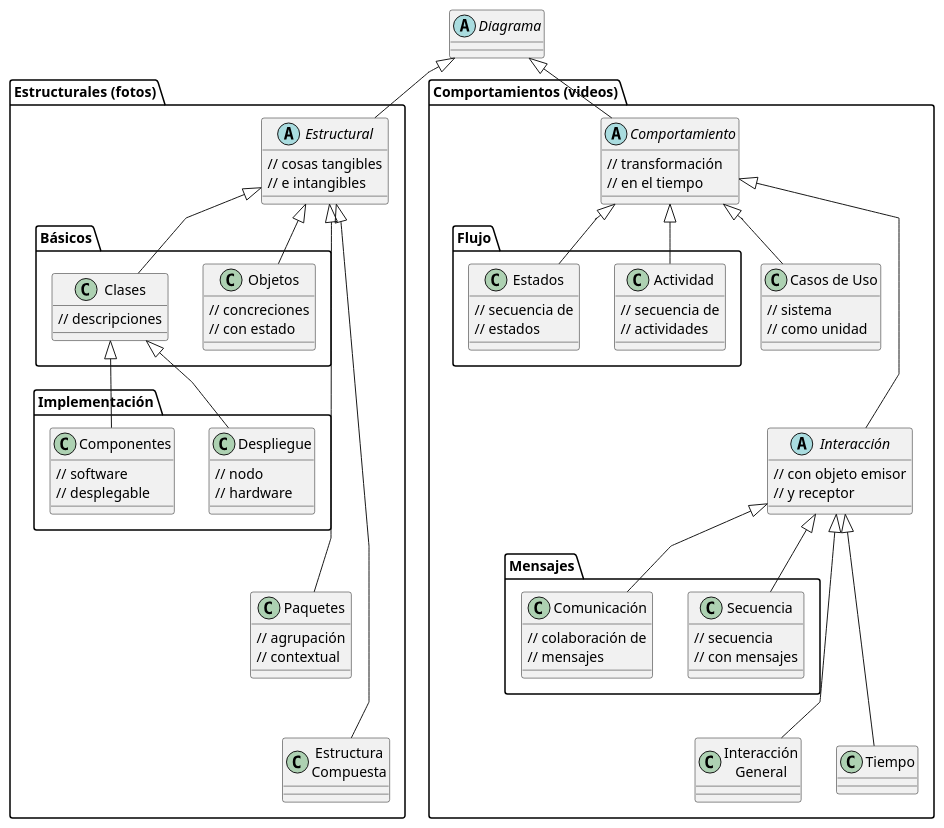
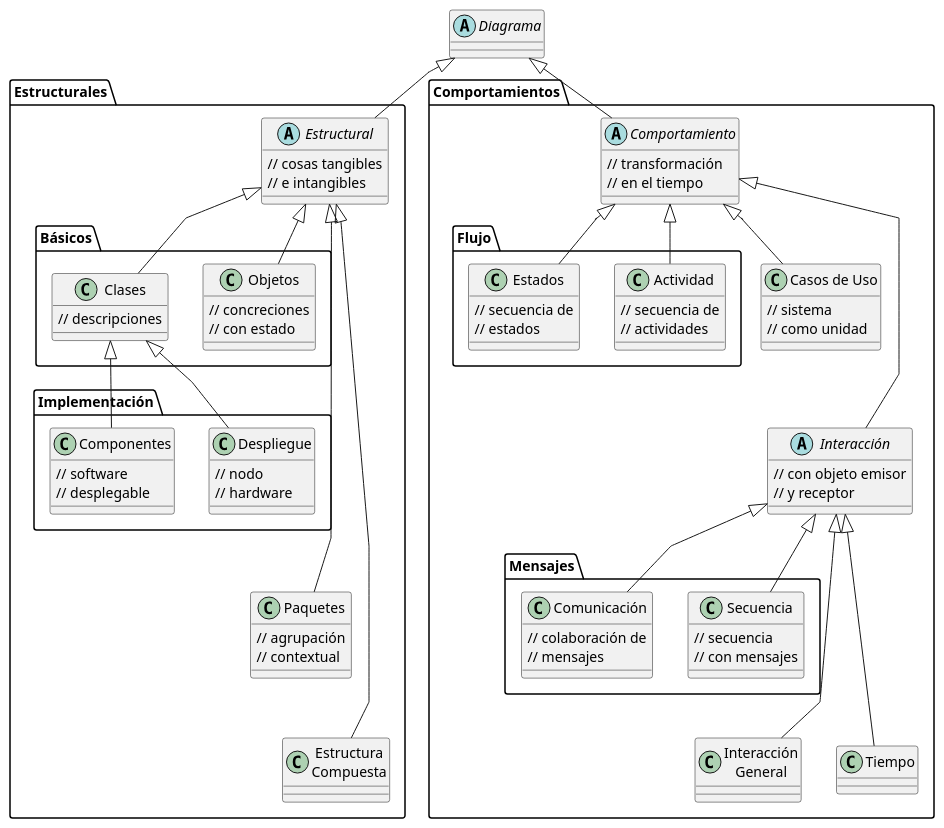
Before and after one commit to mmasias/uml: the diagram in plantUMLModels/umlDiagrams.puml, drawn with PlantUML. The commit also changed 1 other file, not shown here.

Commit message:
fix: eliminar etiquetas innecesarias en los paquetes de diagramas UML

```diff
--- a/plantUMLModels/umlDiagrams.puml
+++ b/plantUMLModels/umlDiagrams.puml
@@ -1,109 +1,109 @@
 @startuml
 
 skinparam linetype polyline
 
 abstract class Diagrama
 
-package "Estructurales (fotos)" as estructurales {
+package "Estructurales" as estructurales {
   abstract class Estructural {
     // cosas tangibles
     // e intangibles
   }
   
   package "Básicos" {
     class Clases {
       // descripciones
     }
     class Objetos {
       // concreciones
       // con estado
     }
   }
   
   package "Implementación" {
     class Componentes {
       // software
       // desplegable
     }
     class Despliegue {
       // nodo
       // hardware
     }
   }
   
   class Paquetes {
     // agrupación
     // contextual
   }
   
   class "Estructura\nCompuesta" as EstructuraCompuesta
 }
 
-package "Comportamientos (videos)" as comportamientos {
+package "Comportamientos" as comportamientos {
   abstract class Comportamiento {
     // transformación
     // en el tiempo
   }
   
   class "Casos de Uso" as CasosUso {
     // sistema
     // como unidad
   }
   
   package "Flujo" {
     class Estados {
       // secuencia de
       // estados
     }
     class Actividad {
       // secuencia de
       // actividades
     }
   }
   
   abstract class Interacción {
     // con objeto emisor
     // y receptor
   }
   
   package "Mensajes" {
     class Comunicación {
       // colaboración de
       // mensajes
     }
     class Secuencia {
       // secuencia
       // con mensajes
     }
   }
   
   class "Interacción\nGeneral" as InteraccionGeneral
   class Tiempo
 }
 
 Diagrama <|-down- Estructural
 Diagrama <|-down- Comportamiento
 
 Estructural <|-down- Clases
 Estructural <|-down- Objetos
 Clases <|-down- Componentes
 Clases <|-down- Despliegue
 Estructural <|-down--- Paquetes
 Estructural <|-down---- EstructuraCompuesta
 
 Comportamiento <|-down- CasosUso
 Comportamiento <|-down- Estados
 Comportamiento <|-down- Actividad
 Comportamiento <|-down-- Interacción
 
 Interacción <|-down- Comunicación
 Interacción <|-down- Secuencia
 Interacción <|-down-- InteraccionGeneral
 Interacción <|-down-- Tiempo
 
 Clases -[hidden]right- Objetos
 Componentes -[hidden]right- Despliegue
 Estados -[hidden]right- Actividad
 Comunicación -[hidden]right- Secuencia
 
 @enduml
```
